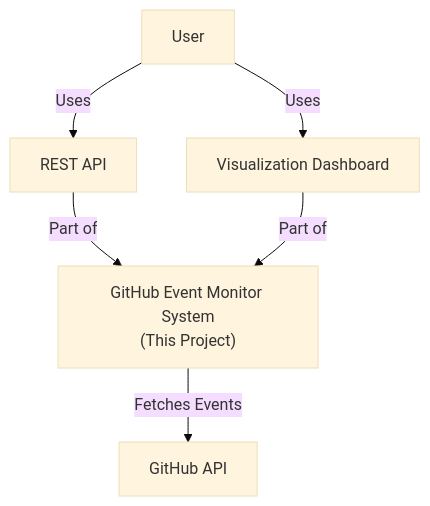
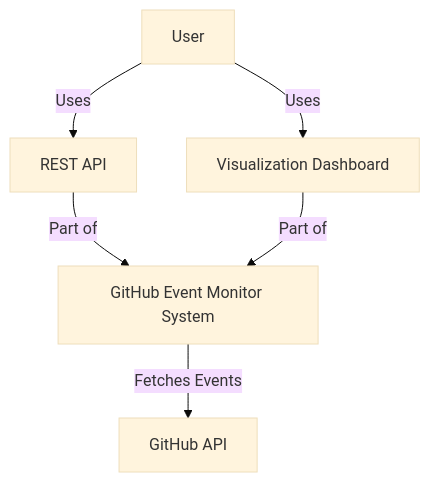
The diagram in c4_level1.mermaid (yalan2ny/github-event-monitor), drawn with Mermaid (base theme) before and after one commit. The commit also changed 2 other files, not shown here.

Commit message:
change architecture

```diff
--- a/c4_level1.mermaid
+++ b/c4_level1.mermaid
@@ -1,12 +1,12 @@
 graph TD
     User["User"]
     GitHub["GitHub" API]
-    System["GitHub Event Monitor System\n(This Project)"]
+    System["GitHub Event Monitor System"]
     REST["REST API"]
     Dashboard["Visualization Dashboard"]
 
     User -->|"Uses"| REST
     User -->|"Uses"| Dashboard
     REST -->|"Part of"| System
     Dashboard -->|"Part of"| System
     System -->|"Fetches Events"| GitHub
```
